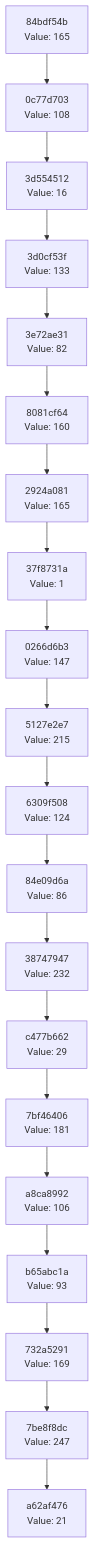
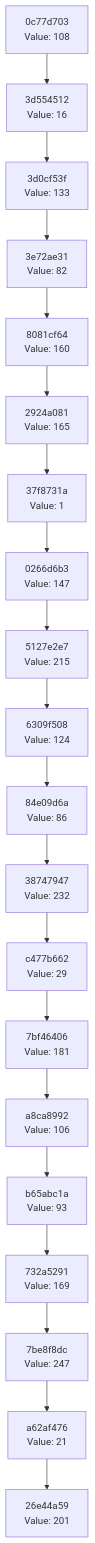
Before and after one commit to Abhisheksinha1506/hash-chain-evolver: the diagram in docs/CHAIN_VISUALIZATION.md, drawn with Mermaid. The commit also changed 2 other files, not shown here.

Commit message:
Evolution step: hash 0xC9 → action executed

````diff
--- a/docs/CHAIN_VISUALIZATION.md
+++ b/docs/CHAIN_VISUALIZATION.md
@@ -3,42 +3,42 @@
 ```mermaid
 graph TD
-    C0["a62af476<br/>Value: 21"]
-    C1["7be8f8dc<br/>Value: 247"]
+    C0["26e44a59<br/>Value: 201"]
+    C1["a62af476<br/>Value: 21"]
     C1 --> C0
-    C2["732a5291<br/>Value: 169"]
+    C2["7be8f8dc<br/>Value: 247"]
     C2 --> C1
-    C3["b65abc1a<br/>Value: 93"]
+    C3["732a5291<br/>Value: 169"]
     C3 --> C2
-    C4["a8ca8992<br/>Value: 106"]
+    C4["b65abc1a<br/>Value: 93"]
     C4 --> C3
-    C5["7bf46406<br/>Value: 181"]
+    C5["a8ca8992<br/>Value: 106"]
     C5 --> C4
-    C6["c477b662<br/>Value: 29"]
+    C6["7bf46406<br/>Value: 181"]
     C6 --> C5
-    C7["38747947<br/>Value: 232"]
+    C7["c477b662<br/>Value: 29"]
     C7 --> C6
-    C8["84e09d6a<br/>Value: 86"]
+    C8["38747947<br/>Value: 232"]
     C8 --> C7
-    C9["6309f508<br/>Value: 124"]
+    C9["84e09d6a<br/>Value: 86"]
     C9 --> C8
-    C10["5127e2e7<br/>Value: 215"]
+    C10["6309f508<br/>Value: 124"]
     C10 --> C9
-    C11["0266d6b3<br/>Value: 147"]
+    C11["5127e2e7<br/>Value: 215"]
     C11 --> C10
-    C12["37f8731a<br/>Value: 1"]
+    C12["0266d6b3<br/>Value: 147"]
     C12 --> C11
-    C13["2924a081<br/>Value: 165"]
+    C13["37f8731a<br/>Value: 1"]
     C13 --> C12
-    C14["8081cf64<br/>Value: 160"]
+    C14["2924a081<br/>Value: 165"]
     C14 --> C13
-    C15["3e72ae31<br/>Value: 82"]
+    C15["8081cf64<br/>Value: 160"]
     C15 --> C14
-    C16["3d0cf53f<br/>Value: 133"]
+    C16["3e72ae31<br/>Value: 82"]
     C16 --> C15
-    C17["3d554512<br/>Value: 16"]
+    C17["3d0cf53f<br/>Value: 133"]
     C17 --> C16
-    C18["0c77d703<br/>Value: 108"]
+    C18["3d554512<br/>Value: 16"]
     C18 --> C17
-    C19["84bdf54b<br/>Value: 165"]
+    C19["0c77d703<br/>Value: 108"]
     C19 --> C18
 ```
````
